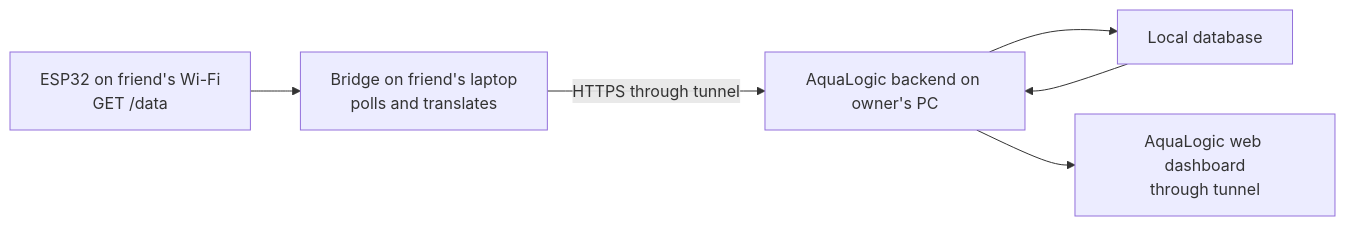
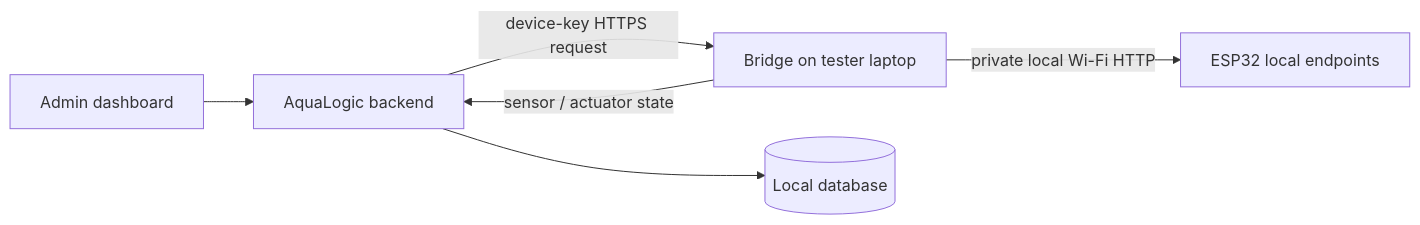
One commit to azure-cj/AquaLogic changed the diagram in docs/ESP32_BRIDGE_INTEGRATION_PLAN.md. Above: the diagram before and after it, drawn with Mermaid. The commit also changed other lines of this file and 30 other files, not shown here.

Commit message:
Implement actuator control bridge

````diff
--- a/docs/ESP32_BRIDGE_INTEGRATION_PLAN.md
+++ b/docs/ESP32_BRIDGE_INTEGRATION_PLAN.md
@@ -44,8 +14,8 @@
 ```mermaid
 flowchart LR
-    ESP["ESP32 on friend's Wi-Fi\nGET /data"] --> Bridge["Bridge on friend's laptop\npolls and translates"]
-    Bridge -->|"HTTPS through tunnel"| API["AquaLogic backend on owner's PC"]
-    API --> DB["Local database"]
-    DB --> API
-    API --> Web["AquaLogic web dashboard\nthrough tunnel"]
+    Admin["Admin dashboard"] --> API["AquaLogic backend"]
+    API -->|"device-key HTTPS request"| Bridge["Bridge on tester laptop"]
+    Bridge -->|"private local Wi-Fi HTTP"| ESP["ESP32 local endpoints"]
+    Bridge -->|"sensor / actuator state"| API
+    API --> DB[("Local database")]
 ```
````
